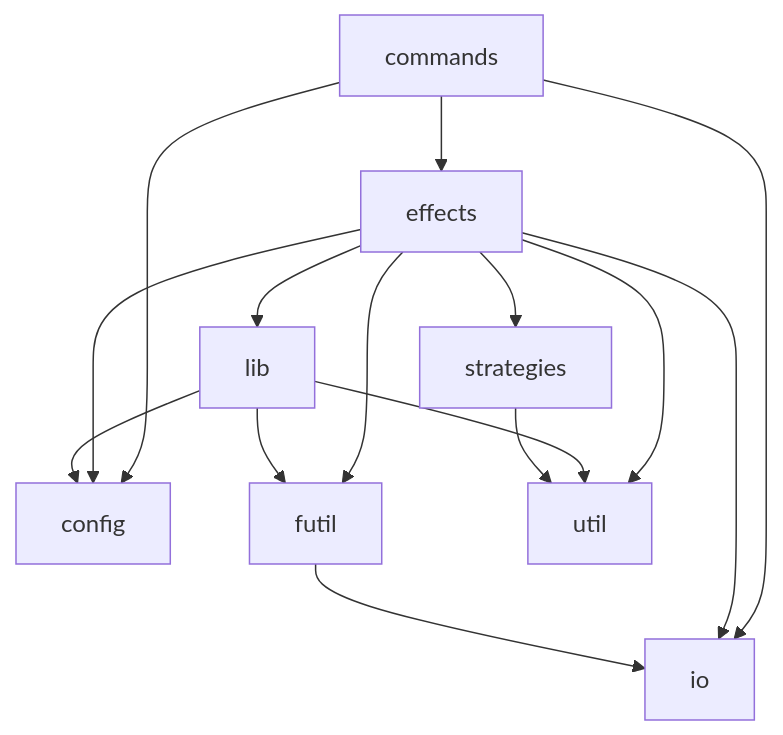
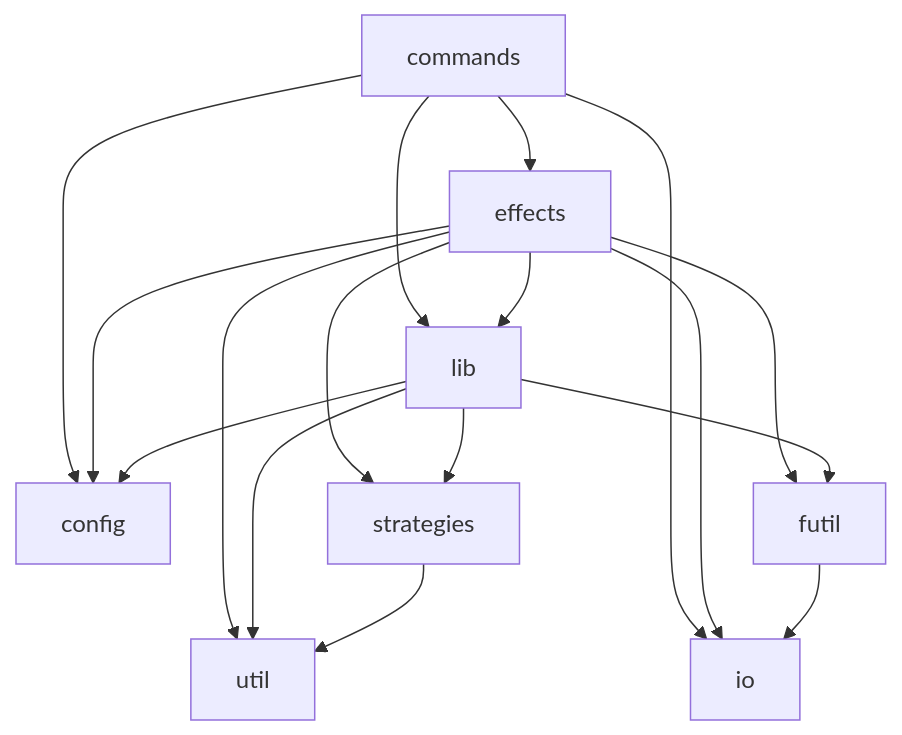
The diagram in README.md (mattriley/node-module-indexgen), drawn with Mermaid before and after one commit. The commit also changed 5 other files, not shown here.

````diff
--- a/README.md
+++ b/README.md
@@ -101,17 +101,19 @@
 ```mermaid
 graph TD;
     commands-->effects;
+    commands-->lib;
     commands-->io;
     commands-->config;
     effects-->lib;
     effects-->config;
     effects-->io;
     effects-->futil;
     effects-->util;
     effects-->strategies;
     futil-->io;
+    lib-->strategies;
     lib-->futil;
     lib-->util;
     lib-->config;
     strategies-->util;
 ```
````
